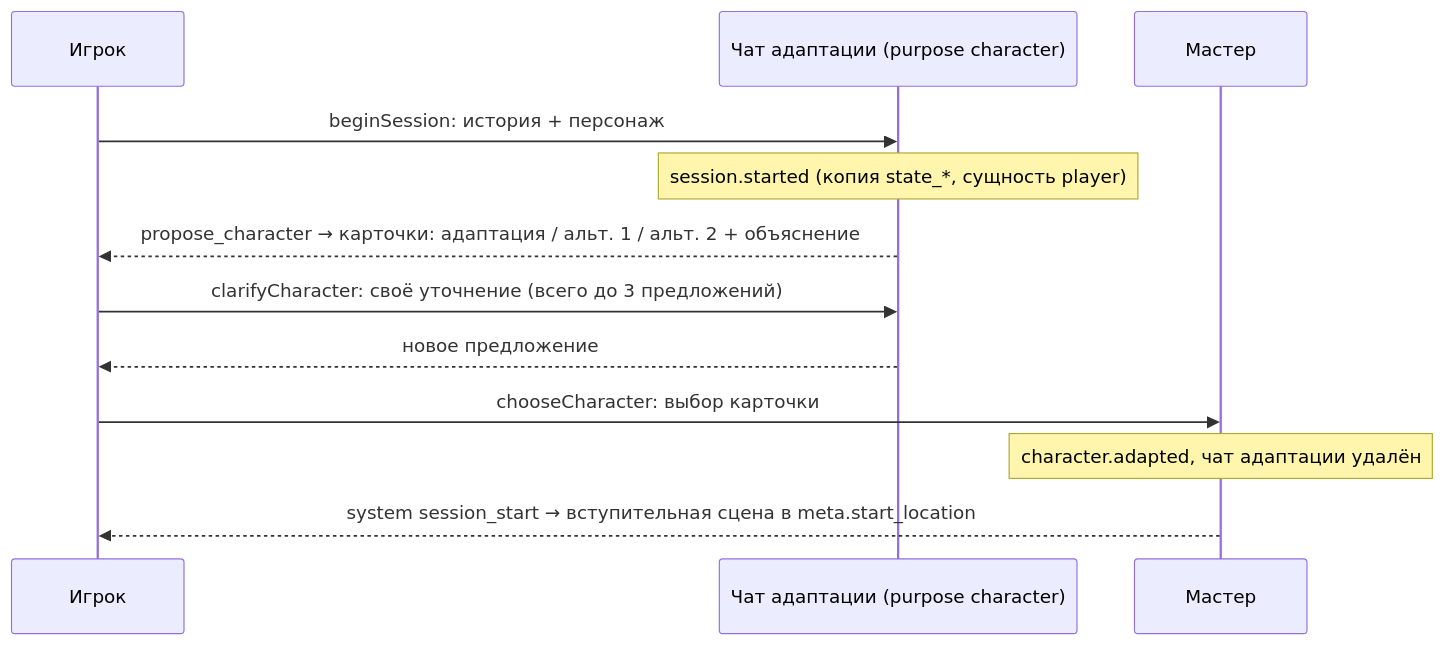
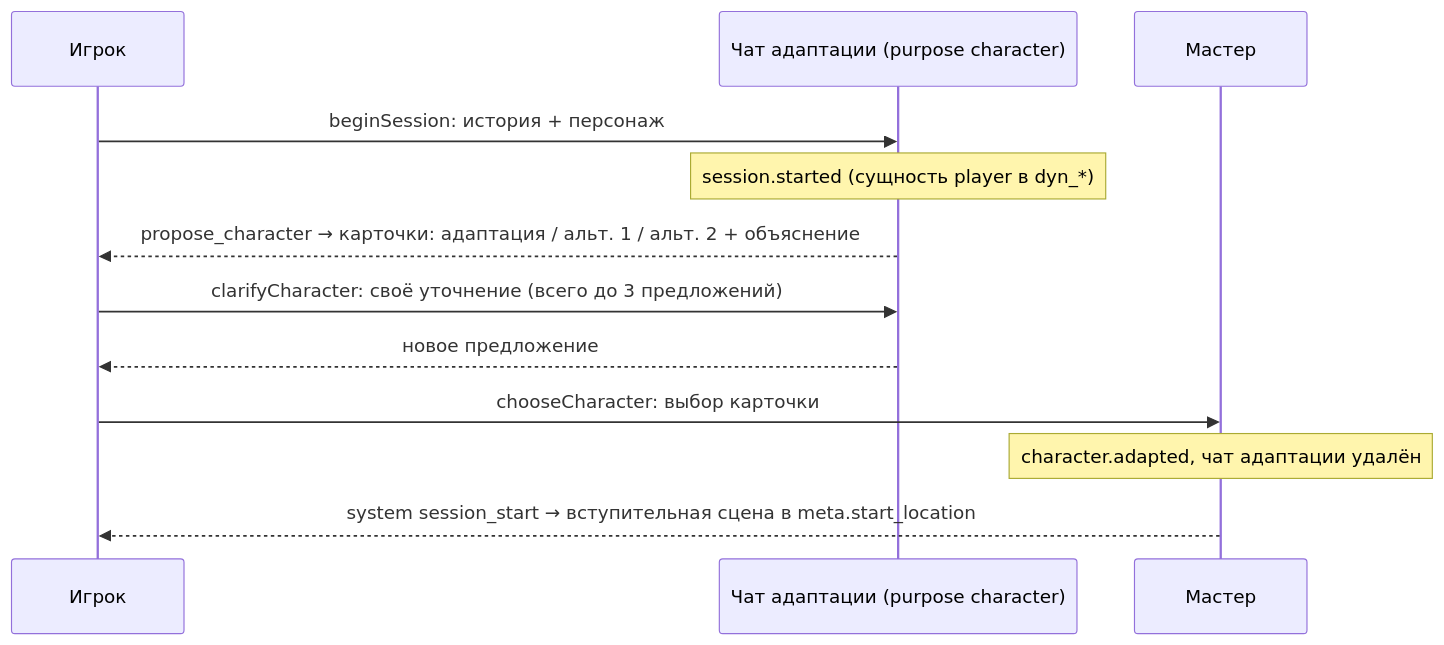
One commit to Bataevk/QuipQuill changed the second of 2 diagrams in docs/architecture/agent.md. Above: the diagram before and after it, drawn with Mermaid. The commit also changed other lines of this file and 17 other files, not shown here.

First line of the commit message:
Stage 6.2a: dynamic graph over the story, CANCEL relations

````diff
--- a/docs/architecture/agent.md
+++ b/docs/architecture/agent.md
@@ -117,14 +117,14 @@
 ```mermaid
 sequenceDiagram
   participant P as Игрок
   participant C as Чат адаптации (purpose character)
   participant A as Мастер
   P->>C: beginSession: история + персонаж
-  Note over C: session.started (копия state_*, сущность player)
+  Note over C: session.started (сущность player в dyn_*)
   C-->>P: propose_character → карточки: адаптация / альт. 1 / альт. 2 + объяснение
   P->>C: clarifyCharacter: своё уточнение (всего до 3 предложений)
   C-->>P: новое предложение
   P->>A: chooseCharacter: выбор карточки
   Note over A: character.adapted, чат адаптации удалён
   A-->>P: system session_start → вступительная сцена в meta.start_location
 ```
````
